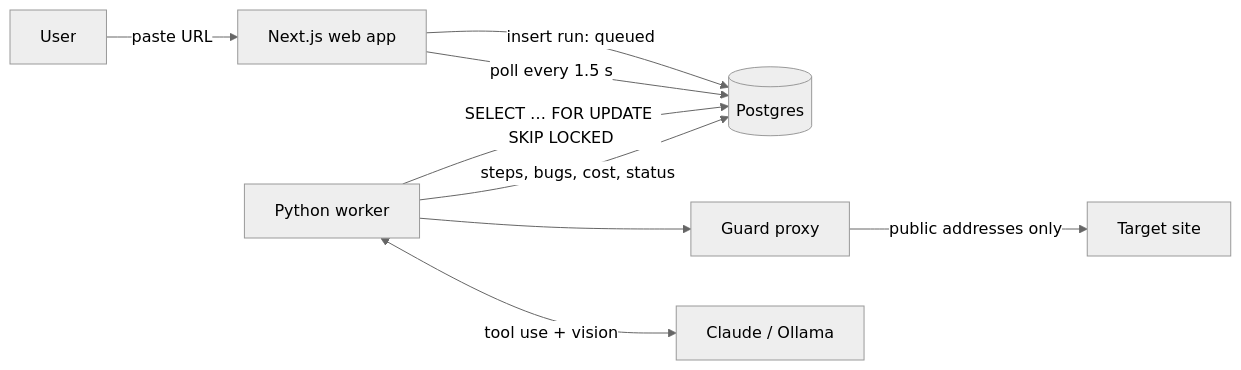
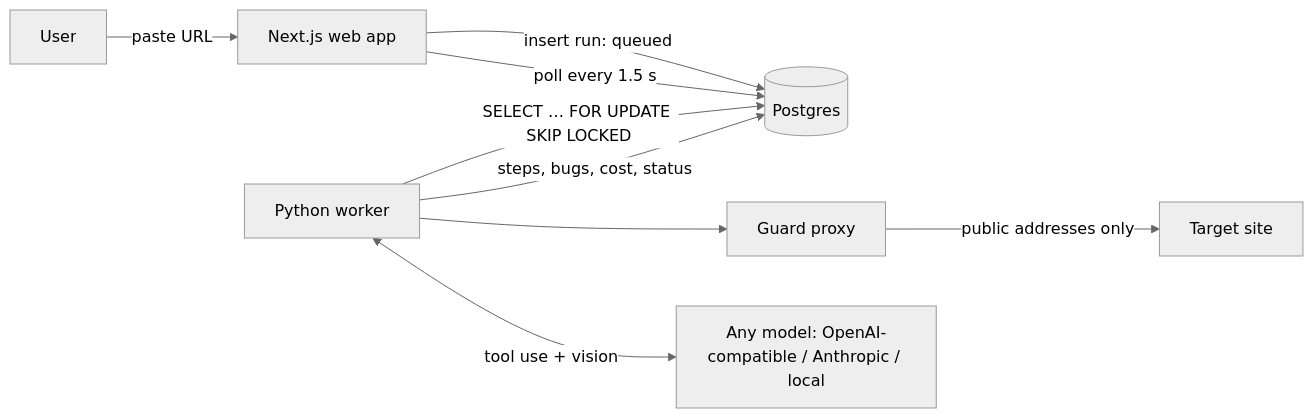
Before and after one commit to gibberishxd/ai-test-agent: the diagram in README.md, drawn with Mermaid (neutral theme). The commit also changed other lines of this file and 1 other file, not shown here.

Commit message:
README: bring-any-model positioning; D51 (lint + CI)

````diff
--- a/README.md
+++ b/README.md
@@ -24,11 +35,11 @@
 ```mermaid
 flowchart LR
     U[User] -->|paste URL| W[Next.js web app]
     W -->|insert run: queued| DB[(Postgres)]
     WK[Python worker] -->|SELECT … FOR UPDATE SKIP LOCKED| DB
     WK -->|steps, bugs, cost, status| DB
     W -->|poll every 1.5 s| DB
     WK --> P[Guard proxy]
     P -->|public addresses only| T[Target site]
-    WK <-->|tool use + vision| L[Claude / Ollama]
+    WK <-->|tool use + vision| L[Any model: OpenAI-compatible / Anthropic / local]
 ```
````
